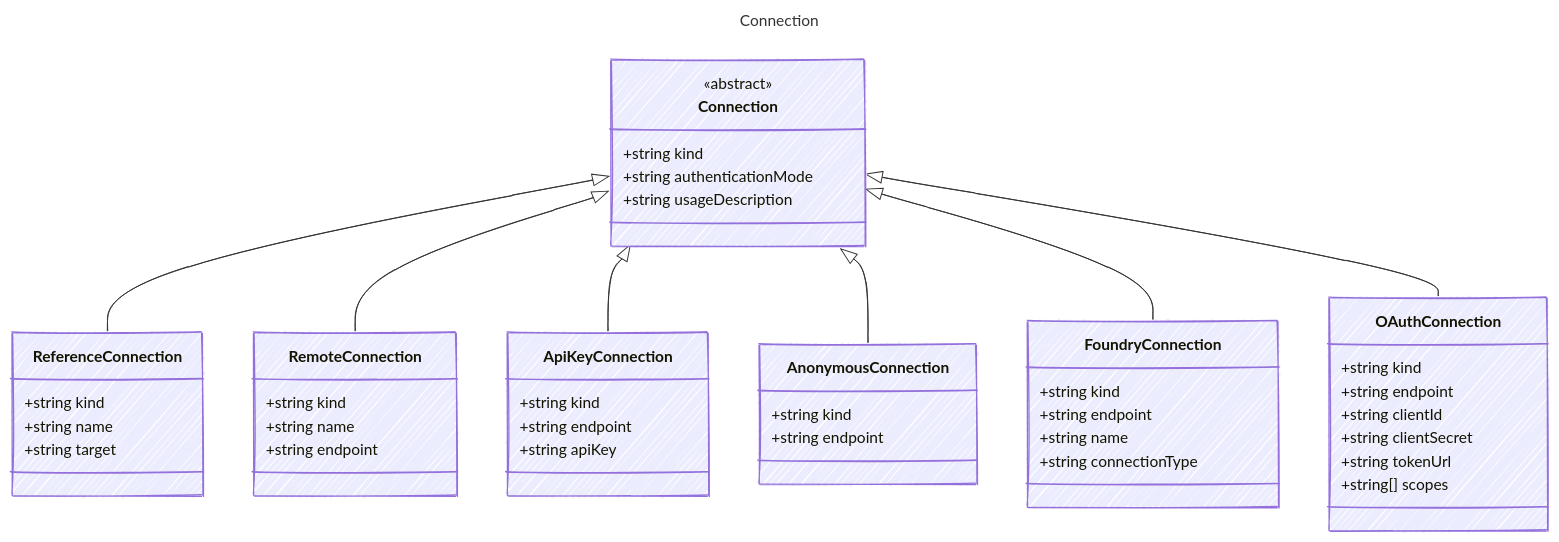
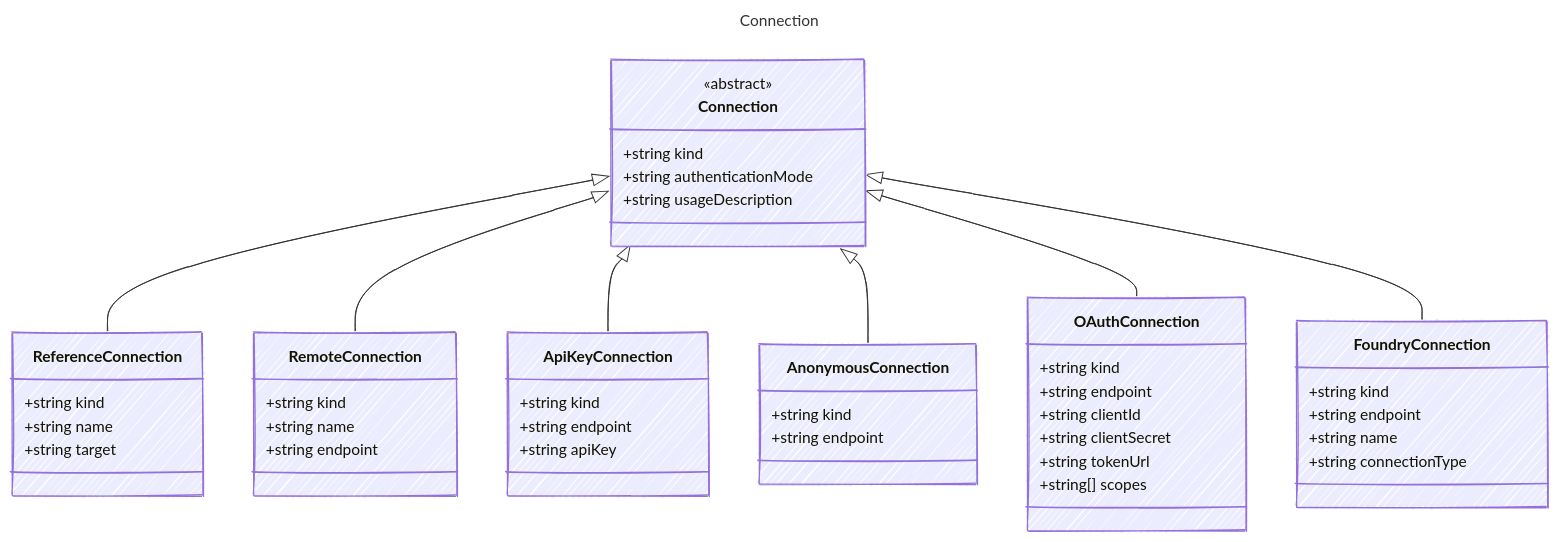
The diagram in web/src/content/docs/reference/Connection.md (microsoft/prompty), drawn with Mermaid before and after one commit. The commit also changed other lines of this file and 655 other files, not shown here.

````diff
--- a/web/src/content/docs/reference/Connection.md
+++ b/web/src/content/docs/reference/Connection.md
@@ -13,56 +13,56 @@
 ```mermaid
 ---
 title: Connection
 config:
   look: handDrawn
   theme: colorful
   class:
     hideEmptyMembersBox: true
 ---
 classDiagram
     class Connection {
       <<abstract>>
         +string kind
         +string authenticationMode
         +string usageDescription
     }
     class ReferenceConnection {
         +string kind
         +string name
         +string target
     }
     Connection <|-- ReferenceConnection
     class RemoteConnection {
         +string kind
         +string name
         +string endpoint
     }
     Connection <|-- RemoteConnection
     class ApiKeyConnection {
         +string kind
         +string endpoint
         +string apiKey
     }
     Connection <|-- ApiKeyConnection
     class AnonymousConnection {
         +string kind
         +string endpoint
     }
     Connection <|-- AnonymousConnection
-    class FoundryConnection {
-        +string kind
-        +string endpoint
-        +string name
-        +string connectionType
-    }
-    Connection <|-- FoundryConnection
     class OAuthConnection {
         +string kind
         +string endpoint
         +string clientId
         +string clientSecret
         +string tokenUrl
         +string[] scopes
     }
     Connection <|-- OAuthConnection
+    class FoundryConnection {
+        +string kind
+        +string endpoint
+        +string name
+        +string connectionType
+    }
+    Connection <|-- FoundryConnection
 ```
````
